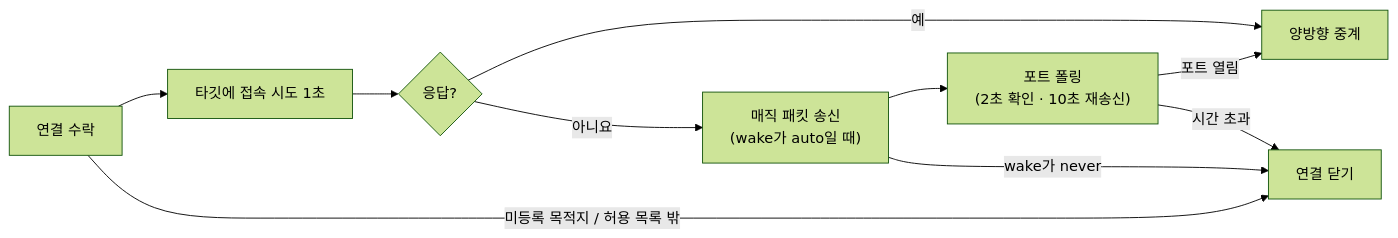
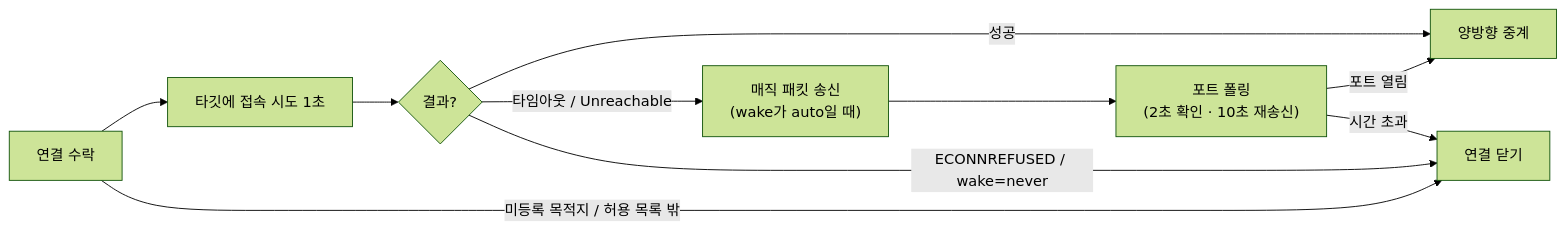
The second of 2 diagrams in README.md (MoonSunMoor/wakeupProxy), drawn with Mermaid (forest theme) before and after one commit. The commit also changed other lines of this file and 22 other files, not shown here.

First line of the commit message:
Align service capabilities, ECONNREFUSED wake rules, interface warnings, and packaging with spec

````diff
--- a/README.md
+++ b/README.md
@@ -45,12 +45,12 @@
 ```mermaid
 flowchart LR
   A[연결 수락] --> B[타깃에 접속 시도 1초]
-  B --> C{응답?}
-  C -- 예 --> D[양방향 중계]
-  C -- 아니요 --> E["매직 패킷 송신<br/>(wake가 auto일 때)"]
+  B --> C{결과?}
+  C -- 성공 --> D[양방향 중계]
+  C -- "타임아웃 / Unreachable" --> E["매직 패킷 송신<br/>(wake가 auto일 때)"]
+  C -- "ECONNREFUSED / wake=never" --> G[연결 닫기]
   E --> F["포트 폴링<br/>(2초 확인 · 10초 재송신)"]
   F -- 포트 열림 --> D
-  F -- 시간 초과 --> G[연결 닫기]
-  E -- wake가 never --> G
+  F -- 시간 초과 --> G
   A -- 미등록 목적지 / 허용 목록 밖 --> G
 ```
````
